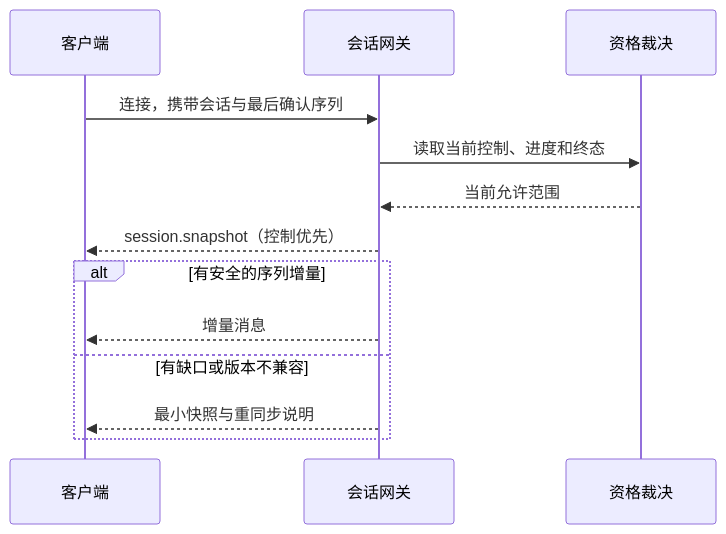
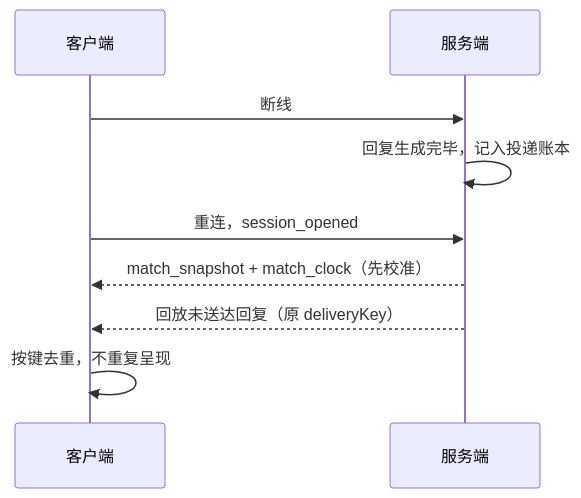
One commit to weiz98417-crypto/qiuqiu changed the third of 3 diagrams in docs/球球全套资料/4.产品设计/42-API与实时协议设计.md. Above: the diagram before and after it, drawn with Mermaid. The commit also changed other lines of this file and 49 other files, not shown here.

````diff
--- a/docs/球球全套资料/4.产品设计/42-API与实时协议设计.md
+++ b/docs/球球全套资料/4.产品设计/42-API与实时协议设计.md
@@ -141,15 +135,11 @@
 ```mermaid
 sequenceDiagram
     participant C as 客户端
-    participant G as 会话网关
-    participant Q as 资格裁决
-    C->>G: 连接，携带会话与最后确认序列
-    G->>Q: 读取当前控制、进度和终态
-    Q-->>G: 当前允许范围
-    G-->>C: session.snapshot（控制优先）
-    alt 有安全的序列增量
-        G-->>C: 增量消息
-    else 有缺口或版本不兼容
-        G-->>C: 最小快照与重同步说明
-    end
+    participant S as 服务端
+    C->>S: 断线
+    S->>S: 回复生成完毕，记入投递账本
+    C->>S: 重连，session_opened
+    S-->>C: match_snapshot + match_clock（先校准）
+    S-->>C: 回放未送达回复（原 deliveryKey）
+    C->>C: 按键去重，不重复呈现
 ```
````
